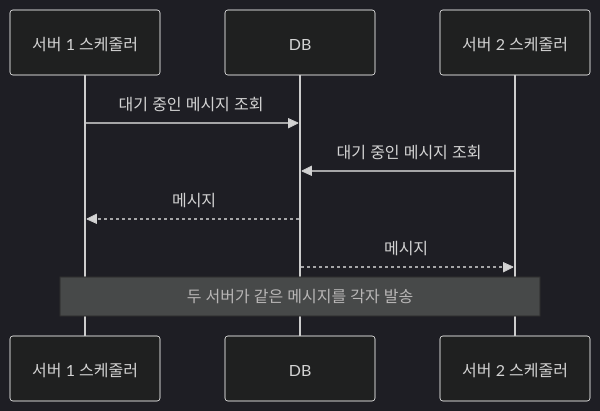
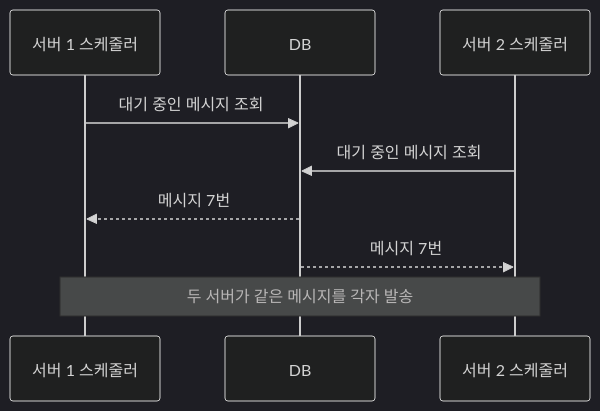
The first of 3 diagrams in _posts/2026-11-12-bulk-sms-scheduler.md (seo-yk/seo-yk.github.io), drawn with Mermaid (dark theme) before and after one commit. The commit also changed other lines of this file and 1 other file, not shown here.

````diff
--- a/_posts/2026-11-12-bulk-sms-scheduler.md
+++ b/_posts/2026-11-12-bulk-sms-scheduler.md
@@ -52,11 +52,11 @@
 ```mermaid
 sequenceDiagram
     participant S1 as 서버 1 스케줄러
     participant DB
     participant S2 as 서버 2 스케줄러
     S1->>DB: 대기 중인 메시지 조회
     S2->>DB: 대기 중인 메시지 조회
-    DB-->>S1: 메시지 #7
-    DB-->>S2: 메시지 #7
+    DB-->>S1: 메시지 7번
+    DB-->>S2: 메시지 7번
     Note over S1,S2: 두 서버가 같은 메시지를 각자 발송
 ```
````
